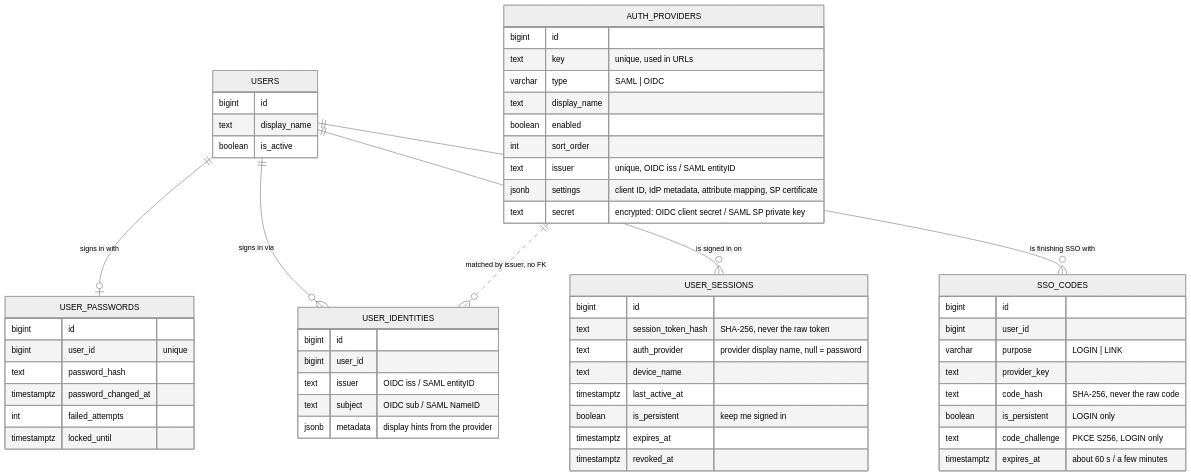
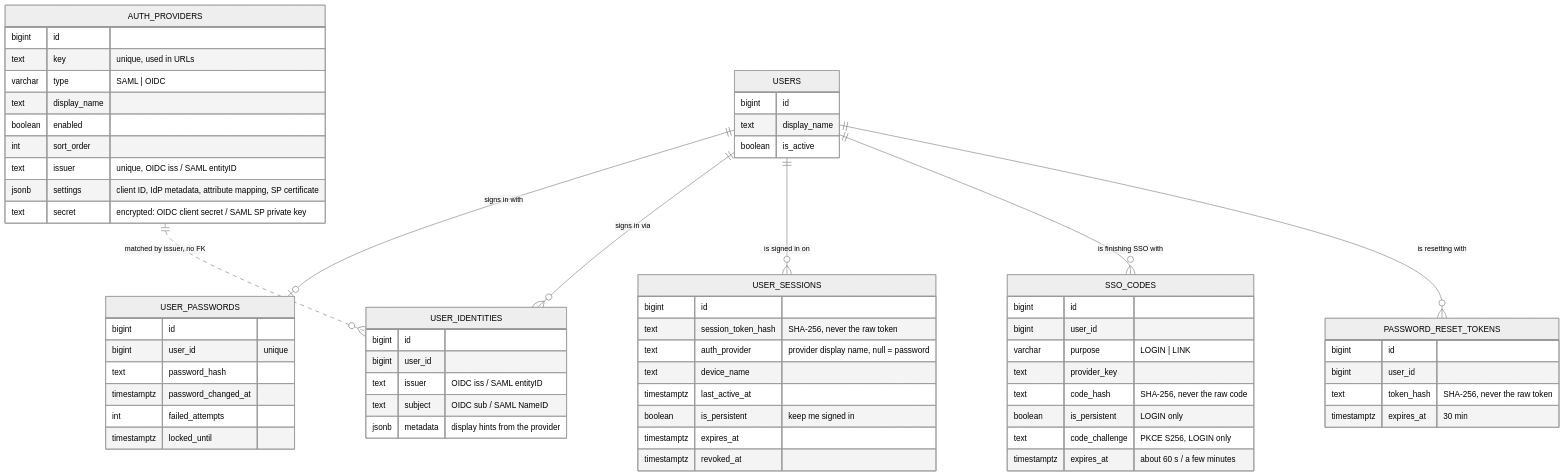
Before and after one commit to openshelves-labs/openshelves: the first of 8 diagrams in docs/api-design/01-auth-sessions.md, drawn with Mermaid (neutral theme). The commit also changed other lines of this file and 21 other files, not shown here.

Commit message:
feat: add password management functionality with reset link and change password endpoints

````diff
--- a/docs/api-design/01-auth-sessions.md
+++ b/docs/api-design/01-auth-sessions.md
@@ -32,60 +33,67 @@
 ```mermaid
 erDiagram
     USERS ||--o| USER_PASSWORDS : "signs in with"
     USERS ||--o{ USER_IDENTITIES : "signs in via"
     USERS ||--o{ USER_SESSIONS : "is signed in on"
     USERS ||--o{ SSO_CODES : "is finishing SSO with"
+    USERS ||--o{ PASSWORD_RESET_TOKENS : "is resetting with"
     AUTH_PROVIDERS ||..o{ USER_IDENTITIES : "matched by issuer, no FK"
 
     USERS {
         bigint id
         text display_name
         boolean is_active
     }
     USER_PASSWORDS {
         bigint id
         bigint user_id "unique"
         text password_hash
         timestamptz password_changed_at
         int failed_attempts
         timestamptz locked_until
     }
     AUTH_PROVIDERS {
         bigint id
         text key "unique, used in URLs"
         varchar type "SAML | OIDC"
         text display_name
         boolean enabled
         int sort_order
         text issuer "unique, OIDC iss / SAML entityID"
         jsonb settings "client ID, IdP metadata, attribute mapping, SP certificate"
         text secret "encrypted: OIDC client secret / SAML SP private key"
     }
     USER_IDENTITIES {
         bigint id
         bigint user_id
         text issuer "OIDC iss / SAML entityID"
         text subject "OIDC sub / SAML NameID"
         jsonb metadata "display hints from the provider"
     }
     SSO_CODES {
         bigint id
         bigint user_id
         varchar purpose "LOGIN | LINK"
         text provider_key
         text code_hash "SHA-256, never the raw code"
         boolean is_persistent "LOGIN only"
         text code_challenge "PKCE S256, LOGIN only"
         timestamptz expires_at "about 60 s / a few minutes"
     }
+    PASSWORD_RESET_TOKENS {
+        bigint id
+        bigint user_id
+        text token_hash "SHA-256, never the raw token"
+        timestamptz expires_at "30 min"
+    }
     USER_SESSIONS {
         bigint id
         text session_token_hash "SHA-256, never the raw token"
         text auth_provider "provider display name, null = password"
         text device_name
         timestamptz last_active_at
         boolean is_persistent "keep me signed in"
         timestamptz expires_at
         timestamptz revoked_at
     }
 ```
````
